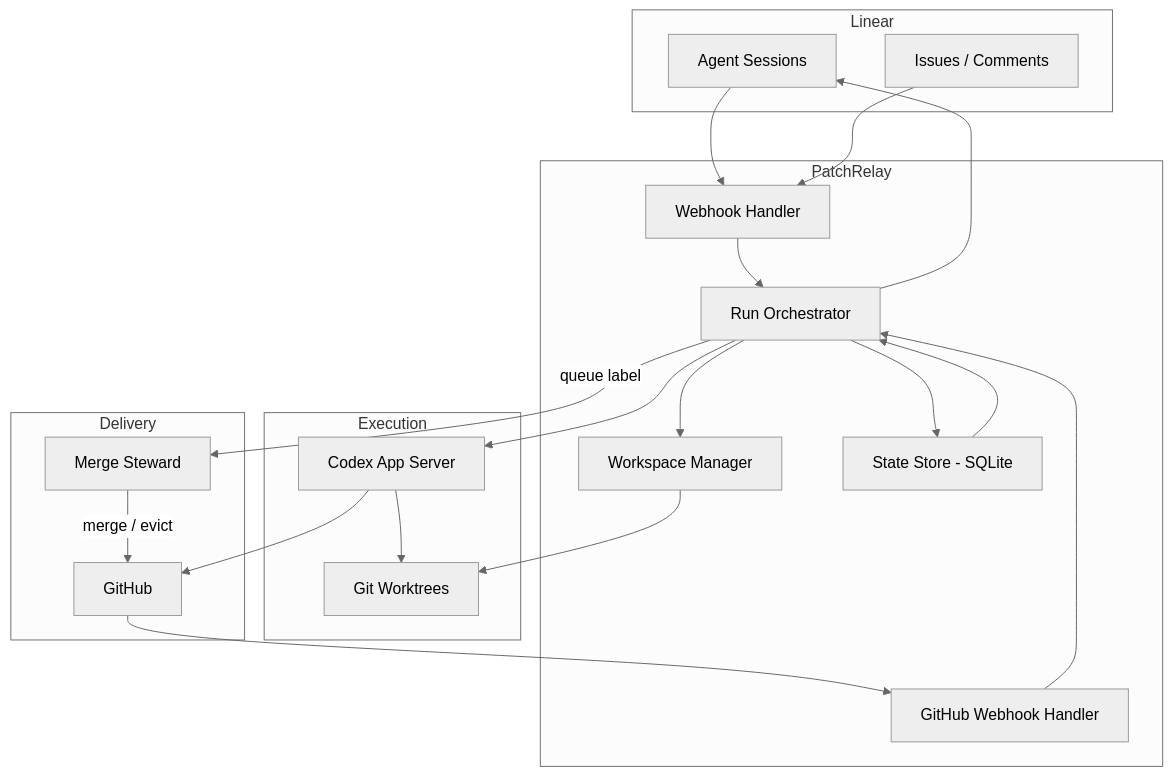
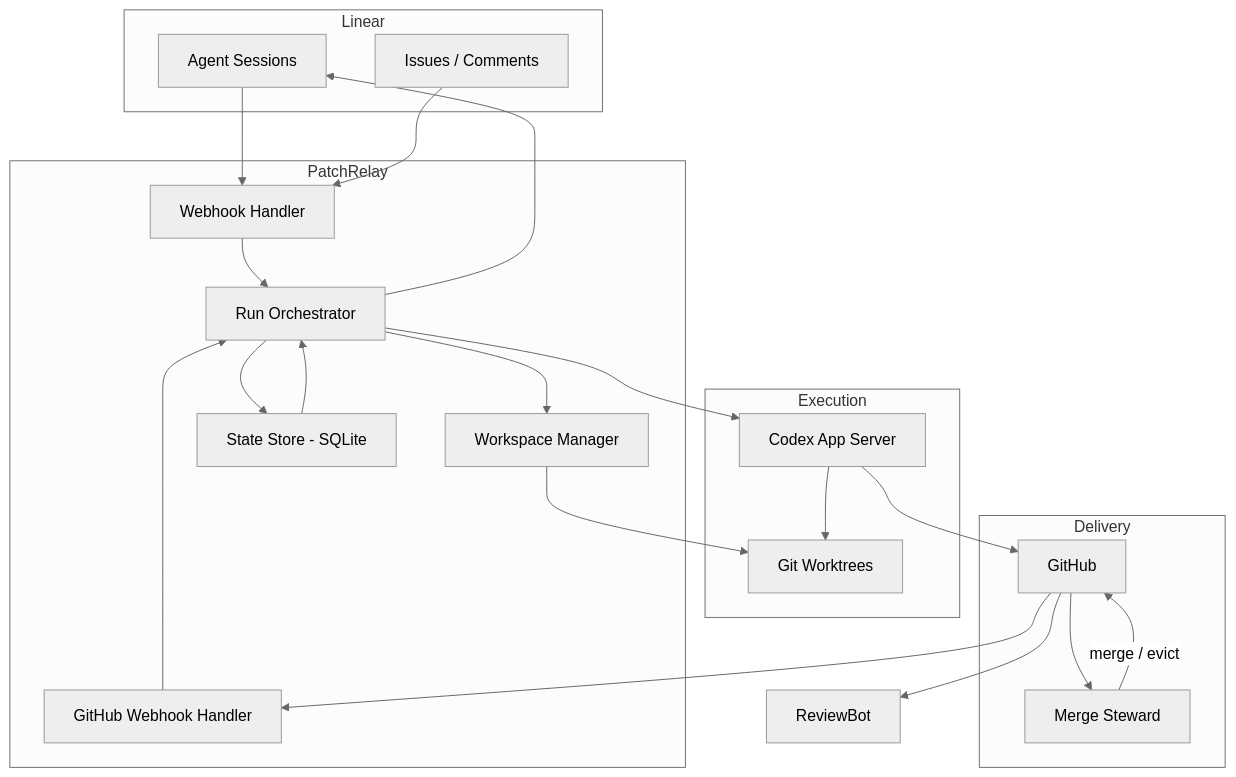
One commit to krasnoperov/patchrelay changed the diagram in docs/architecture.md. Above: the diagram before and after it, drawn with Mermaid (neutral theme). The commit also changed other lines of this file and 43 other files, not shown here.

````diff
--- a/docs/architecture.md
+++ b/docs/architecture.md
@@ -39,41 +39,42 @@
 ```mermaid
 flowchart TB
   subgraph Linear
     LS[Agent Sessions]
     LI[Issues / Comments]
   end
 
   subgraph PatchRelay
     WH[Webhook Handler]
     GWH[GitHub Webhook Handler]
     RO[Run Orchestrator]
     WM[Workspace Manager]
     ST[State Store - SQLite]
   end
 
   subgraph Execution
     CR[Codex App Server]
     WT[Git Worktrees]
   end
 
   subgraph Delivery
     GH[GitHub]
     MS[Merge Steward]
   end
 
   LS --> WH
   LI --> WH
   WH --> RO
   RO --> WM
   RO --> CR
   WM --> WT
   CR --> WT
   CR --> GH
   GH --> GWH
   GWH --> RO
   RO --> ST
   ST --> RO
   RO --> LS
-  RO -->|queue label| MS
+  GH --> RB[ReviewBot]
+  GH --> MS[Merge Steward]
   MS -->|merge / evict| GH
 ```
````
